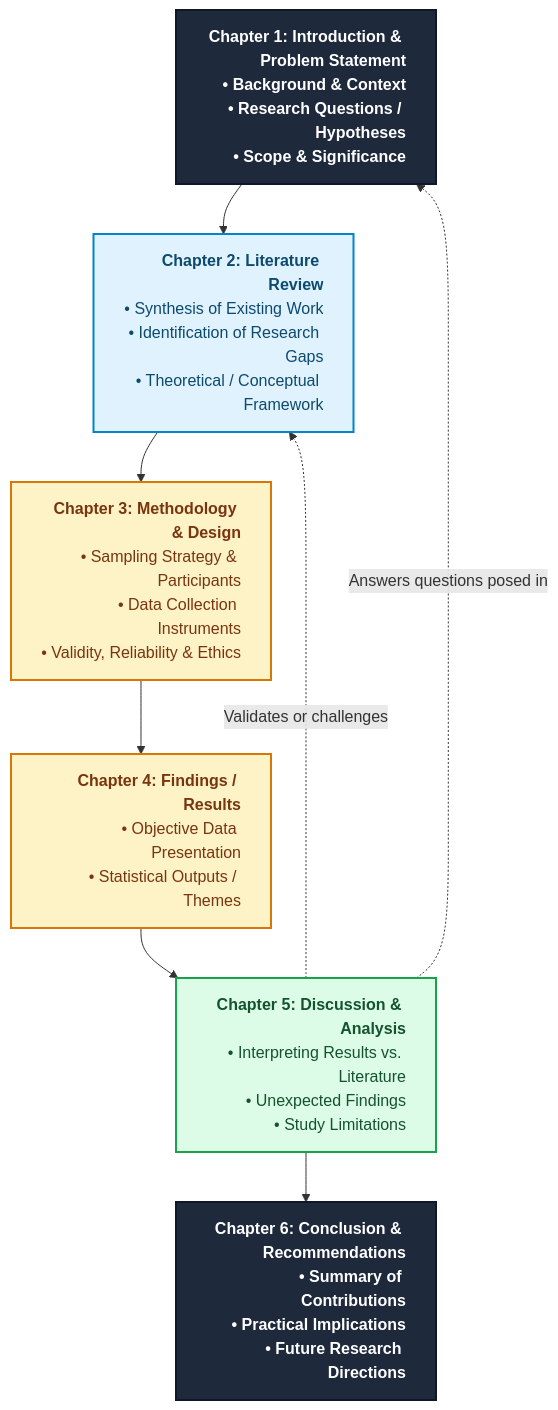
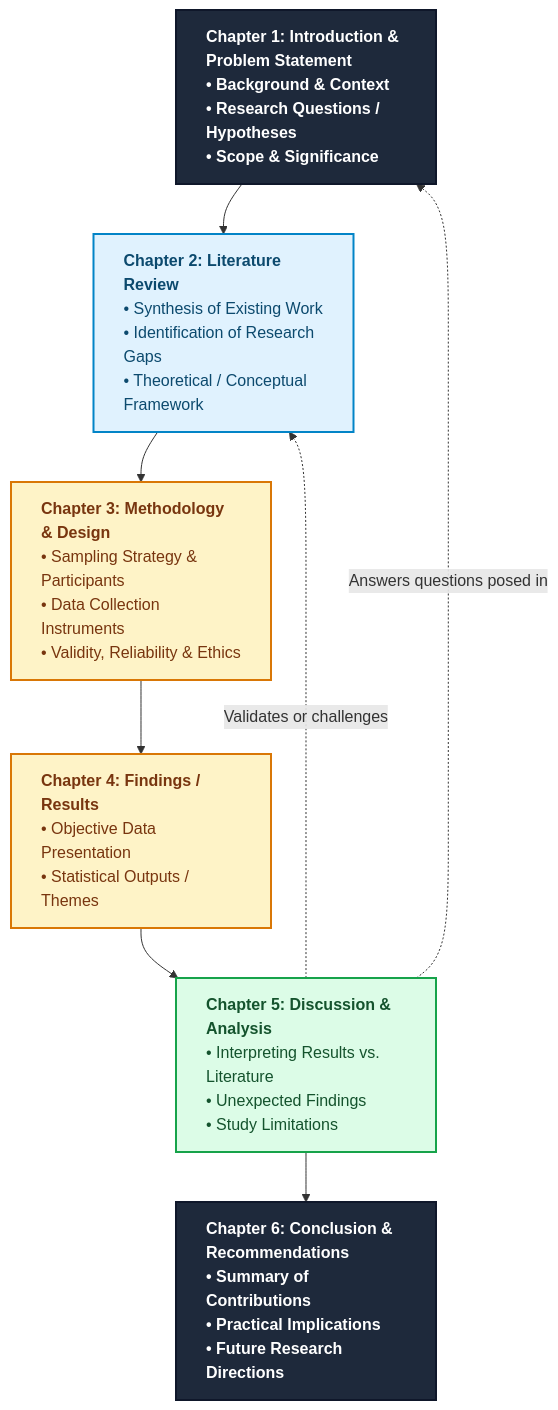
The diagram in Research_Design V2.md (Merceline10/My-First_Ever), drawn with Mermaid before and after one commit.

Commit message:
Change text alignment in Research Guide Structure

````diff
--- a/Research_Design V2.md
+++ b/Research_Design V2.md
@@ -2,18 +2,18 @@
 ```mermaid
 flowchart TD
-    classDef startend fill:#1e293b,stroke:#0f172a,stroke-width:2px,color:#ffffff,font-weight:bold,text-align:right
-    classDef setup fill:#e0f2fe,stroke:#0284c7,stroke-width:2px,color:#0c4a6e,text-align:right
-    classDef execution fill:#fef3c7,stroke:#d97706,stroke-width:2px,color:#78350f,text-align:right
-    classDef synthesis fill:#dcfce7,stroke:#16a34a,stroke-width:2px,color:#14532d,text-align:right
+    classDef startend fill:#1e293b,stroke:#0f172a,stroke-width:2px,color:#ffffff,font-weight:bold,text-align:left
+    classDef setup fill:#e0f2fe,stroke:#0284c7,stroke-width:2px,color:#0c4a6e,text-align:left
+    classDef execution fill:#fef3c7,stroke:#d97706,stroke-width:2px,color:#78350f,text-align:left
+    classDef synthesis fill:#dcfce7,stroke:#16a34a,stroke-width:2px,color:#14532d,text-align:left
 
     Ch1["<b>Chapter 1: Introduction & Problem Statement</b><br/>• Background & Context<br/>• Research Questions / Hypotheses<br/>• Scope & Significance"]:::startend
     Ch2["<b>Chapter 2: Literature Review</b><br/>• Synthesis of Existing Work<br/>• Identification of Research Gaps<br/>• Theoretical / Conceptual Framework"]:::setup
     Ch3["<b>Chapter 3: Methodology & Design</b><br/>• Sampling Strategy & Participants<br/>• Data Collection Instruments<br/>• Validity, Reliability & Ethics"]:::execution
     Ch4["<b>Chapter 4: Findings / Results</b><br/>• Objective Data Presentation<br/>• Statistical Outputs / Themes"]:::execution
     Ch5["<b>Chapter 5: Discussion & Analysis</b><br/>• Interpreting Results vs. Literature<br/>• Unexpected Findings<br/>• Study Limitations"]:::synthesis
     Ch6["<b>Chapter 6: Conclusion & Recommendations</b><br/>• Summary of Contributions<br/>• Practical Implications<br/>• Future Research Directions"]:::startend
 
     Ch1 --> Ch2 --> Ch3 --> Ch4 --> Ch5 --> Ch6
     Ch5 -. "Answers questions posed in" .-> Ch1
     Ch5 -. "Validates or challenges" .-> Ch2
 ```
````
